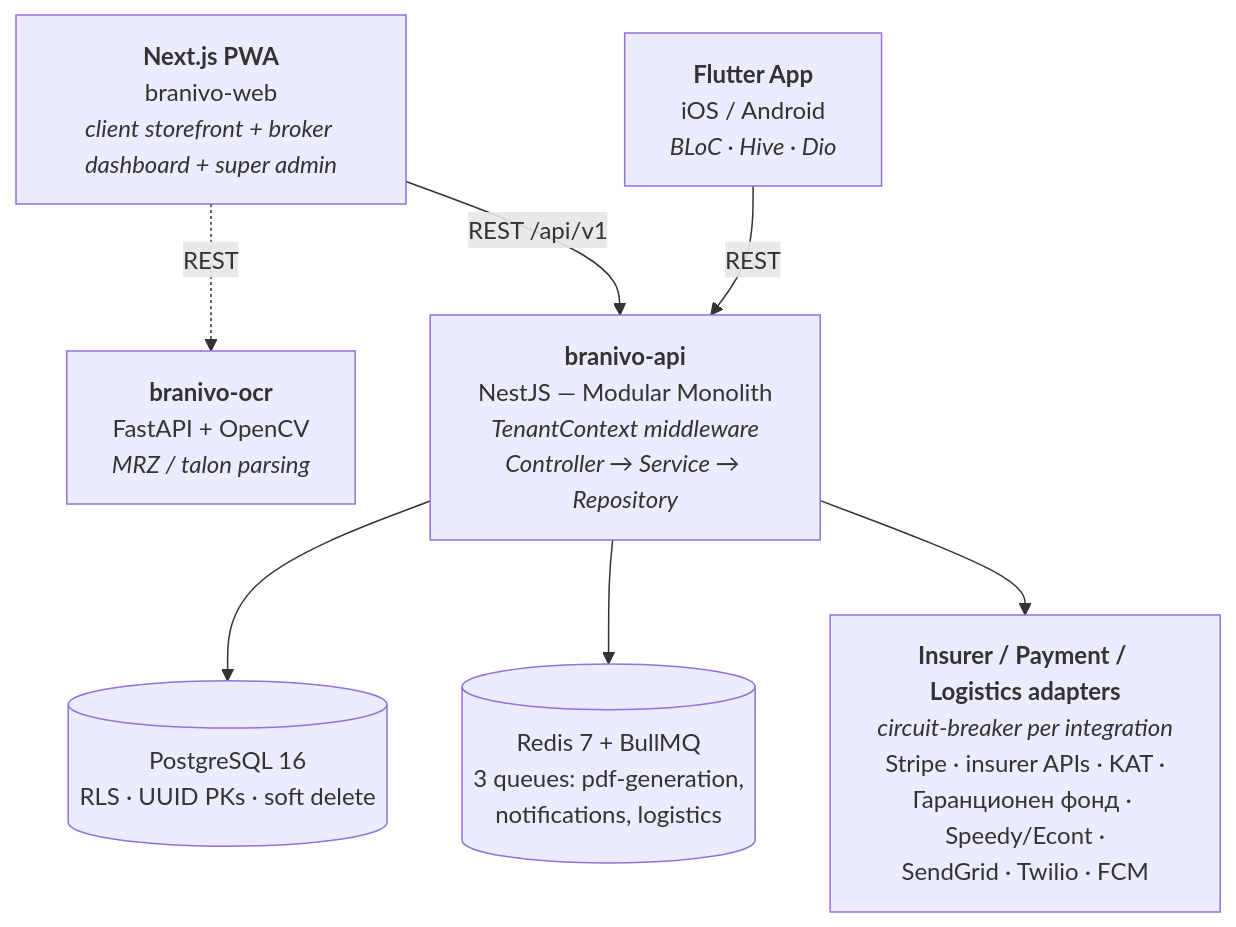
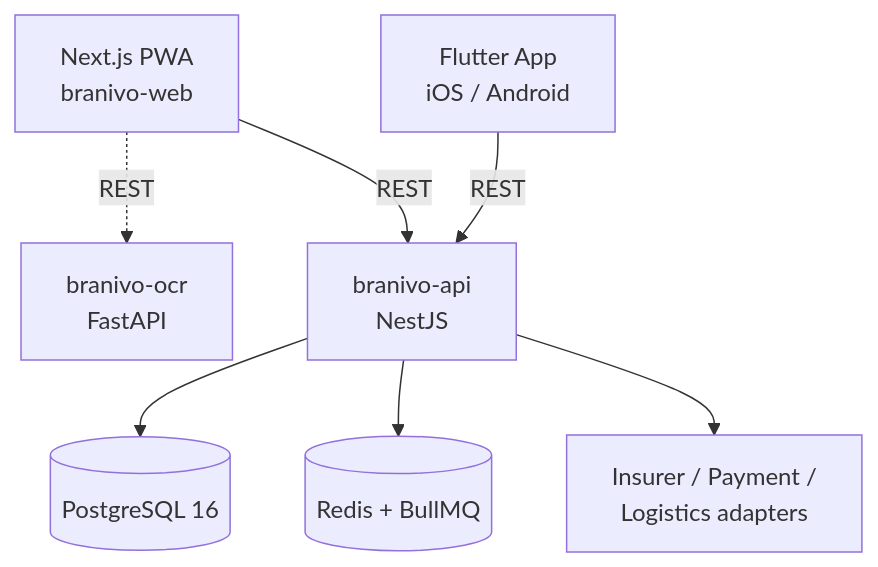
One commit to dgrigorov/Branivo changed the diagram in README.md. Above: the diagram before and after it, drawn with Mermaid. The commit also changed other lines of this file, not shown here.

Commit message:
docs: shorten mermaid node labels to fit GitHub's fixed node width
Long multi-line labels with inline styling overflowed the box bounds
on GitHub's renderer. Trimmed to short titles; the detail (adapters,
queues, tenant isolation) already lives in the prose below.

````diff
--- a/README.md
+++ b/README.md
@@ -21,17 +21,17 @@
 ```mermaid
 flowchart TB
-    WEB["<b>Next.js PWA</b><br/>branivo-web<br/><i>client storefront + broker dashboard + super admin</i>"]
-    APP["<b>Flutter App</b><br/>iOS / Android<br/><i>BLoC · Hive · Dio</i>"]
-    OCR["<b>branivo-ocr</b><br/>FastAPI + OpenCV<br/><i>MRZ / talon parsing</i>"]
-    API["<b>branivo-api</b><br/>NestJS — Modular Monolith<br/><i>TenantContext middleware</i><br/><i>Controller → Service → Repository</i>"]
-    PG[("PostgreSQL 16<br/>RLS · UUID PKs · soft delete")]
-    REDIS[("Redis 7 + BullMQ<br/>3 queues: pdf-generation,<br/>notifications, logistics")]
-    EXT["<b>Insurer / Payment / Logistics adapters</b><br/><i>circuit-breaker per integration</i><br/>Stripe · insurer APIs · KAT ·<br/>Гаранционен фонд · Speedy/Econt ·<br/>SendGrid · Twilio · FCM"]
+    WEB["Next.js PWA<br/>branivo-web"]
+    APP["Flutter App<br/>iOS / Android"]
+    OCR["branivo-ocr<br/>FastAPI"]
+    API["branivo-api<br/>NestJS"]
+    PG[("PostgreSQL 16")]
+    REDIS[("Redis + BullMQ")]
+    EXT["Insurer / Payment /<br/>Logistics adapters"]
 
-    WEB -- "REST /api/v1" --> API
-    APP -- "REST" --> API
-    WEB -. "REST" .-> OCR
+    WEB -- REST --> API
+    APP -- REST --> API
+    WEB -. REST .-> OCR
     API --> PG
     API --> REDIS
     API --> EXT
 ```
````
